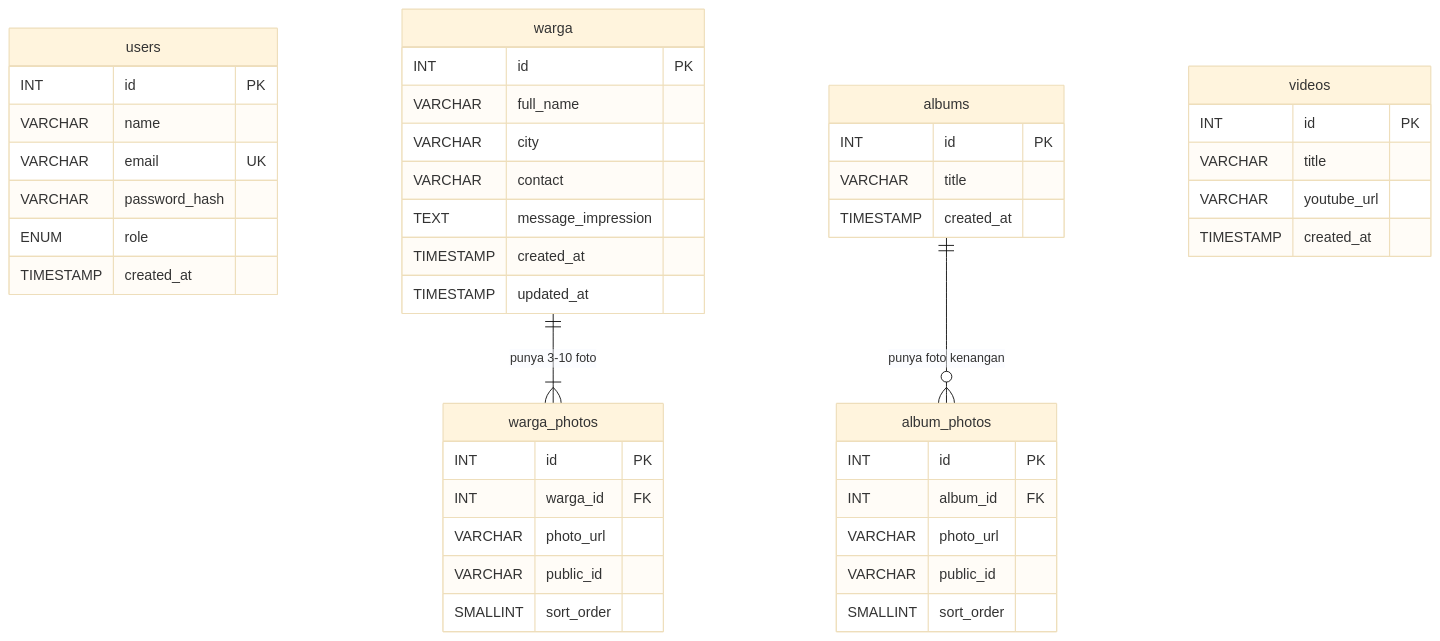
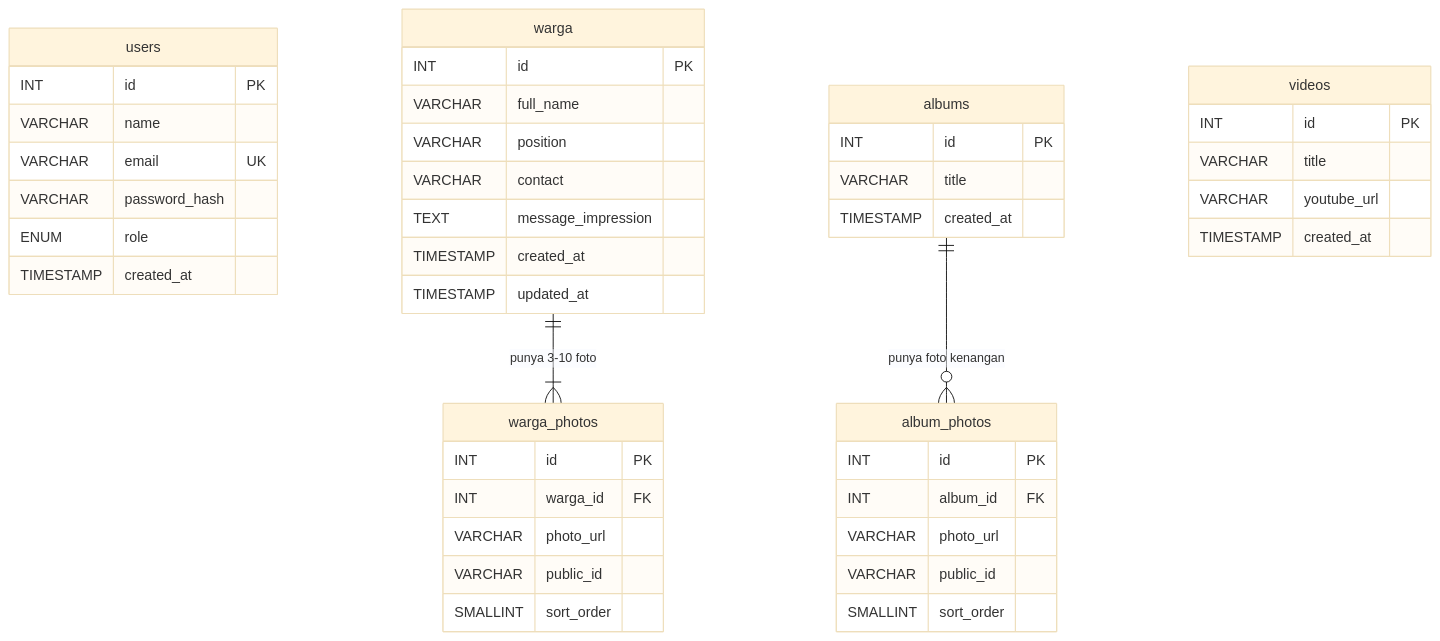
Before and after one commit to septaluardi25/warga-halim: the diagram in docs/DATABASE_DESIGN.md, drawn with Mermaid (base theme). The commit also changed other lines of this file and 67 other files, not shown here.

Commit message:
feat: change city to position, revert UI to Indonesian, and apply #005A9C & white theme

````diff
--- a/docs/DATABASE_DESIGN.md
+++ b/docs/DATABASE_DESIGN.md
@@ -28,48 +28,48 @@
 ```mermaid
 erDiagram
     users {
         INT id PK
         VARCHAR name
         VARCHAR email UK
         VARCHAR password_hash
         ENUM role
         TIMESTAMP created_at
     }
     warga {
         INT id PK
         VARCHAR full_name
-        VARCHAR city
+        VARCHAR position
         VARCHAR contact
         TEXT message_impression
         TIMESTAMP created_at
         TIMESTAMP updated_at
     }
     warga_photos {
         INT id PK
         INT warga_id FK
         VARCHAR photo_url
         VARCHAR public_id
         SMALLINT sort_order
     }
     albums {
         INT id PK
         VARCHAR title
         TIMESTAMP created_at
     }
     album_photos {
         INT id PK
         INT album_id FK
         VARCHAR photo_url
         VARCHAR public_id
         SMALLINT sort_order
     }
     videos {
         INT id PK
         VARCHAR title
         VARCHAR youtube_url
         TIMESTAMP created_at
     }
 
     warga ||--|{ warga_photos : "punya 3-10 foto"
     albums ||--o{ album_photos : "punya foto kenangan"
 ```
````
